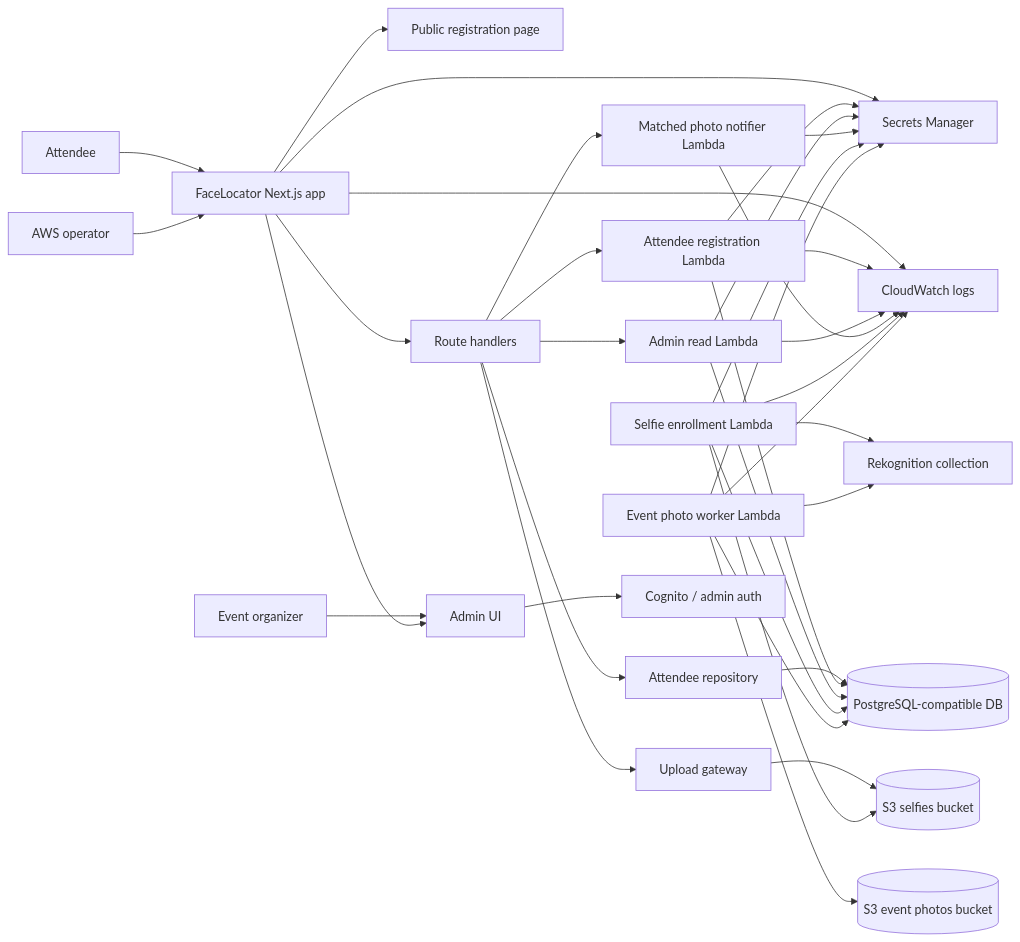
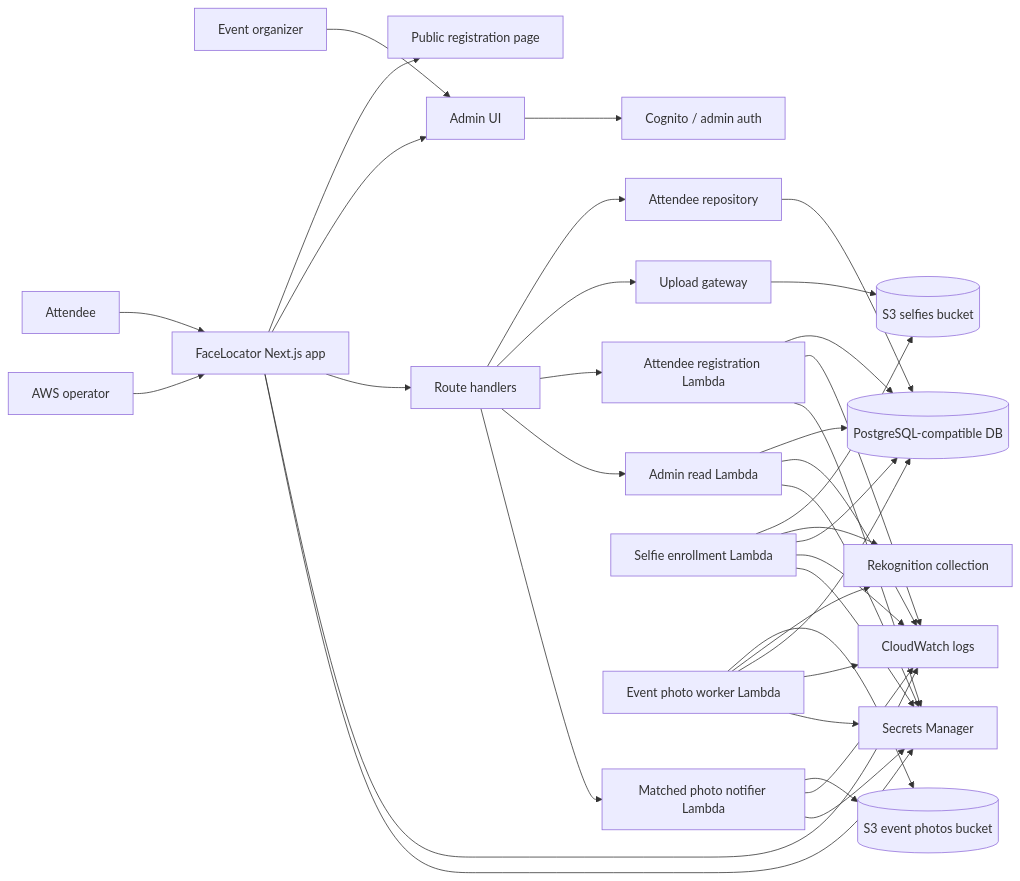
The first of 8 diagrams in README.md (anyulled/FaceLocator), drawn with Mermaid before and after one commit. The commit also changed other lines of this file and 5 other files, not shown here.

````diff
--- a/README.md
+++ b/README.md
@@ -27,60 +27,61 @@
 ```mermaid
 flowchart LR
   attendee[Attendee]
   organizer[Event organizer]
   operator[AWS operator]
 
   app[FaceLocator Next.js app]
   publicPage[Public registration page]
   adminPage[Admin UI]
   api[Route handlers]
   repo[Attendee repository]
   upload[Upload gateway]
   attendeeLambda[Attendee registration Lambda]
   adminReadLambda[Admin read Lambda]
   matchedNotifierLambda[Matched photo notifier Lambda]
   db[(PostgreSQL-compatible DB)]
   selfies[(S3 selfies bucket)]
   photos[(S3 event photos bucket)]
   lambda1[Selfie enrollment Lambda]
   lambda2[Event photo worker Lambda]
   rek[Rekognition collection]
   cognito[Cognito / admin auth]
   cloudwatch[CloudWatch logs]
   secrets[Secrets Manager]
 
   attendee --> app
   organizer --> adminPage
   operator --> app
   app --> publicPage
   app --> adminPage
   app --> api
   api --> repo
   api --> upload
   api --> attendeeLambda
   api --> adminReadLambda
   api --> matchedNotifierLambda
   repo --> db
   upload --> selfies
   attendeeLambda --> db
   adminReadLambda --> db
+  matchedNotifierLambda --> photos
   lambda1 --> selfies
   lambda1 --> rek
   lambda1 --> db
   lambda2 --> photos
   lambda2 --> rek
   lambda2 --> db
   adminPage --> cognito
   app --> cloudwatch
   attendeeLambda --> cloudwatch
   adminReadLambda --> cloudwatch
   matchedNotifierLambda --> cloudwatch
   lambda1 --> cloudwatch
   lambda2 --> cloudwatch
   app --> secrets
   attendeeLambda --> secrets
   adminReadLambda --> secrets
   matchedNotifierLambda --> secrets
   lambda1 --> secrets
   lambda2 --> secrets
 ```
````
